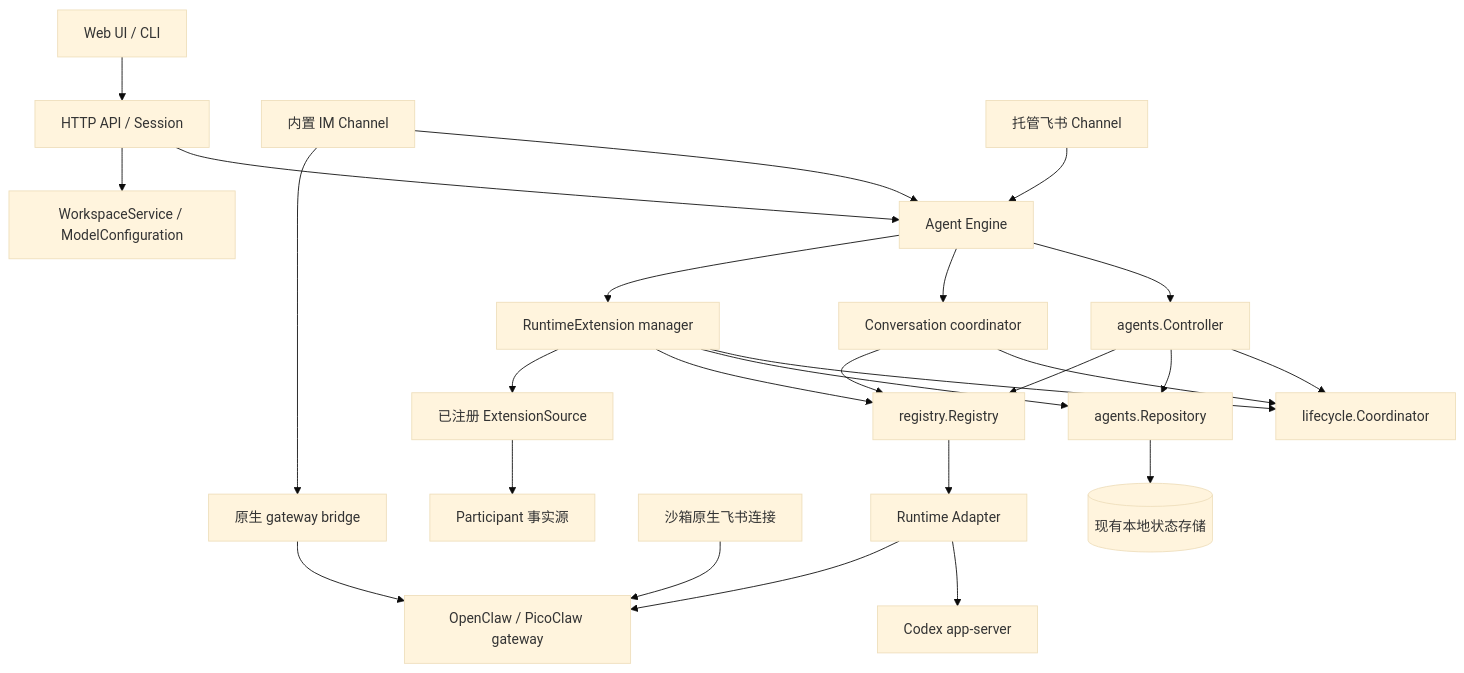
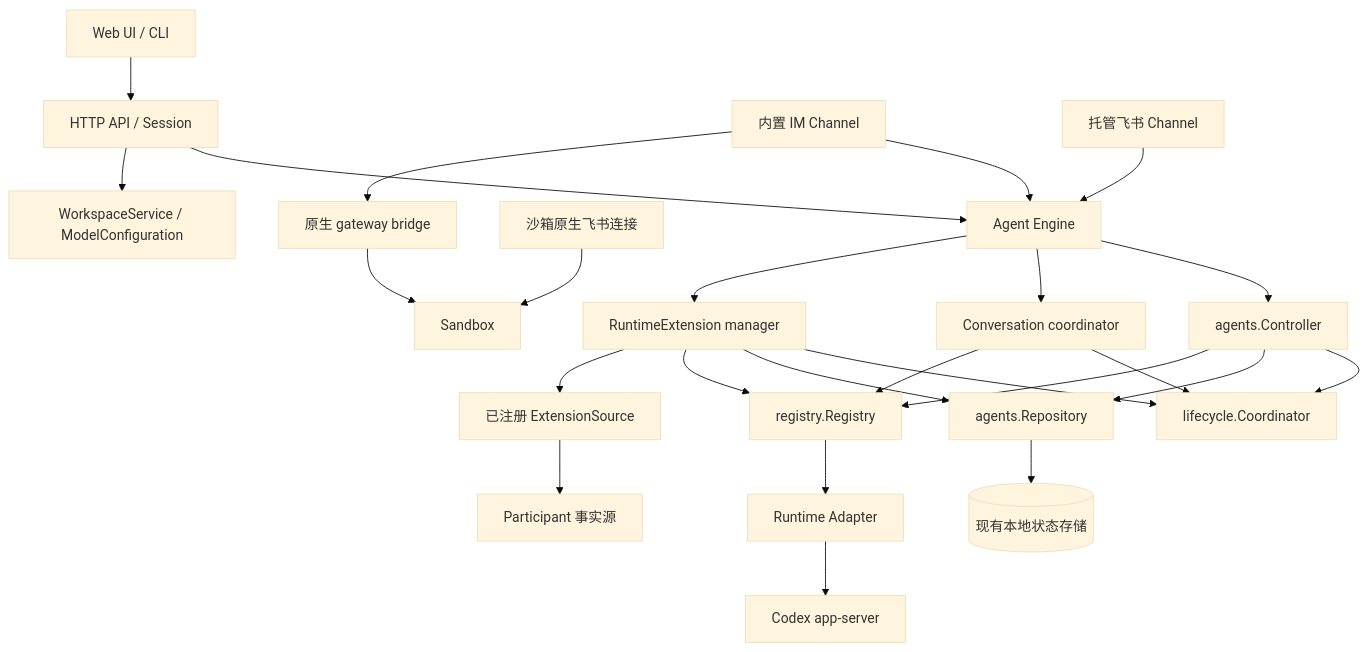
Before and after one commit to OpenCSGs/csgclaw: the diagram in docs/tech/architecture.zh.md, drawn with Mermaid (base theme). The commit also changed other lines of this file and 301 other files, not shown here.

First line of the commit message:
refactor(runtime): retire OpenClaw and PicoClaw with safe upgrades (#778)

````diff
--- a/docs/tech/architecture.zh.md
+++ b/docs/tech/architecture.zh.md
@@ -13,28 +13,27 @@
 ```mermaid
 flowchart TB
     Clients["Web UI / CLI"] --> API["HTTP API / Session"]
     API --> Engine["Agent Engine"]
     IM["内置 IM Channel"] --> Engine
     Feishu["托管飞书 Channel"] --> Engine
     Engine --> Agents["agents.Controller"]
     Engine --> Conversations["Conversation coordinator"]
     Engine --> Extensions["RuntimeExtension manager"]
     Agents --> Lifecycle["lifecycle.Coordinator"]
     Conversations --> Lifecycle
     Extensions --> Lifecycle
     Agents --> Repository["agents.Repository"]
     Extensions --> Repository
     Agents --> Registry["registry.Registry"]
     Conversations --> Registry
     Extensions --> Registry
     Registry --> Runtime["Runtime Adapter"]
     Runtime --> Codex["Codex app-server"]
-    Runtime --> Sandbox["OpenClaw / PicoClaw gateway"]
     IM --> Bridge["原生 gateway bridge"]
     Bridge --> Sandbox
     NativeFeishu["沙箱原生飞书连接"] --> Sandbox
     Extensions --> Source["已注册 ExtensionSource"]
     Source --> Participant["Participant 事实源"]
     API --> Workspace["WorkspaceService / ModelConfiguration"]
     Repository --> Store[("现有本地状态存储")]
 ```
````
